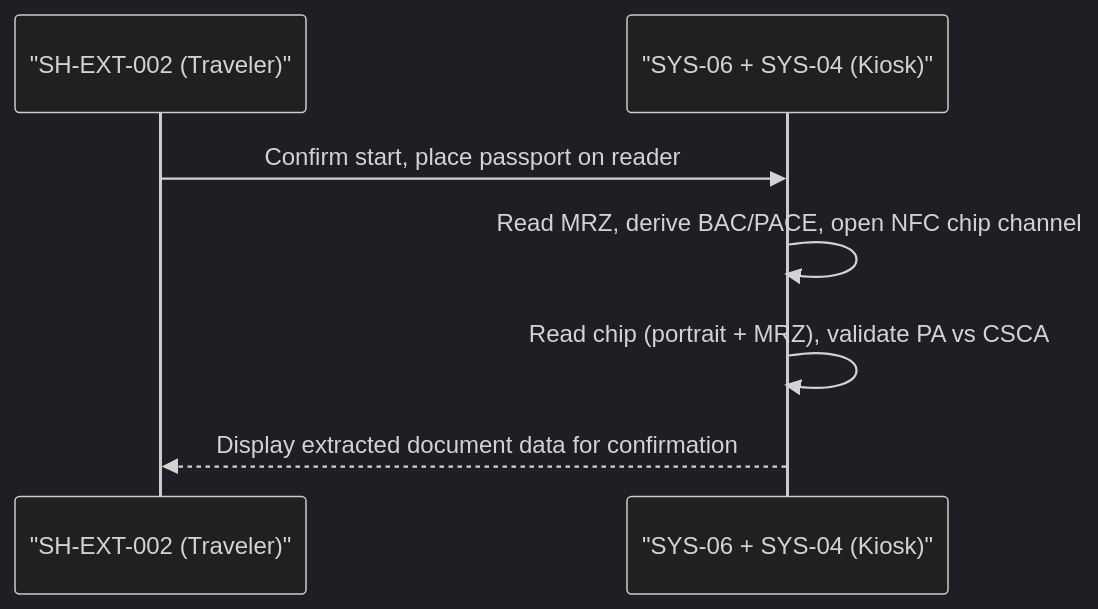
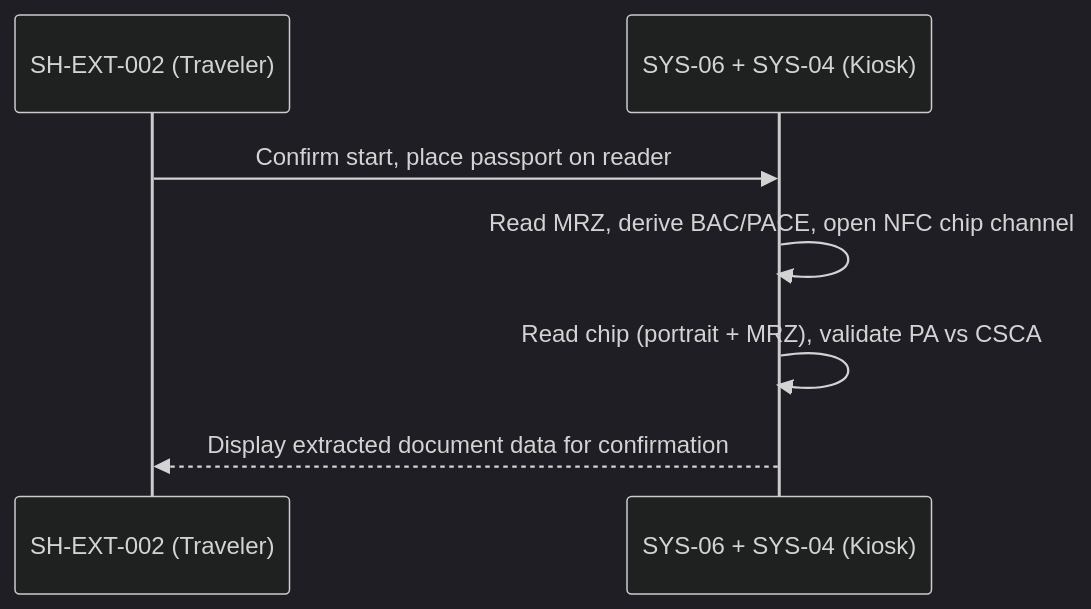
Before and after one commit to pauloribeiro16/Methodology_compact: the first of 21 diagrams in 02_CASES/Case_02_SecureBorder_Solutions/03_PHASE3_DECOMPOSITION/annexes/B_Sequence_Diagrams.md, drawn with Mermaid (dark theme). The commit also changed other lines of this file and 5 other files, not shown here.

Commit message:
[EXECUTOR] uc-catalogues: embed UC diagram gallery + inline sequence diagrams — Case_01/02/03

````diff
--- a/02_CASES/Case_02_SecureBorder_Solutions/03_PHASE3_DECOMPOSITION/annexes/B_Sequence_Diagrams.md
+++ b/02_CASES/Case_02_SecureBorder_Solutions/03_PHASE3_DECOMPOSITION/annexes/B_Sequence_Diagrams.md
@@ -33,9 +30,9 @@
 ```mermaid
 sequenceDiagram
-    participant TRV as "SH-EXT-002 (Traveler)"
-    participant KIOSK as "SYS-06 + SYS-04 (Kiosk)"
+    participant TRV as SH-EXT-002 (Traveler)
+    participant KIOSK as SYS-06 + SYS-04 (Kiosk)
     TRV->>KIOSK: Confirm start, place passport on reader
     KIOSK->>KIOSK: Read MRZ, derive BAC/PACE, open NFC chip channel
     KIOSK->>KIOSK: Read chip (portrait + MRZ), validate PA vs CSCA
     KIOSK-->>TRV: Display extracted document data for confirmation
 ```
````
